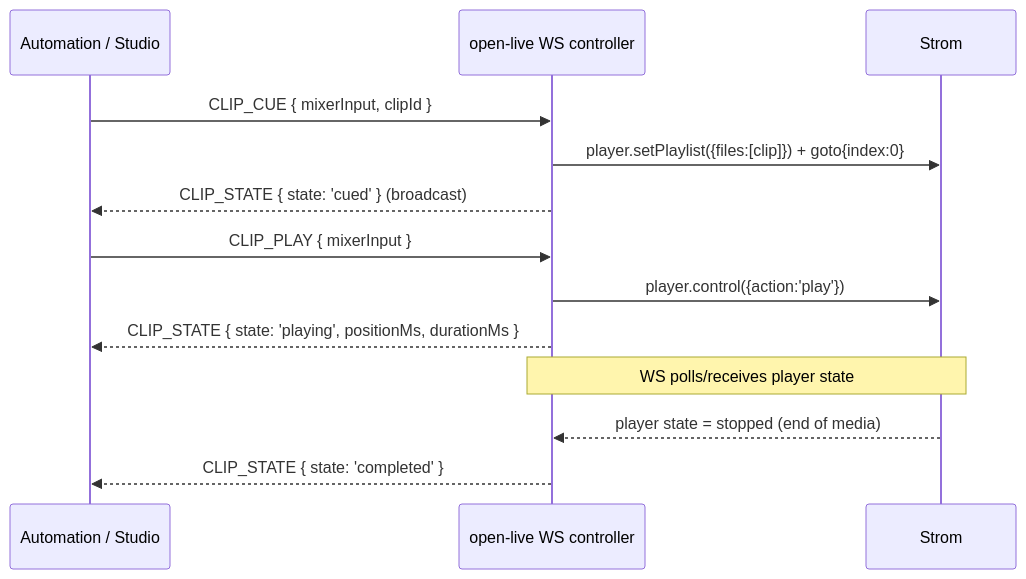
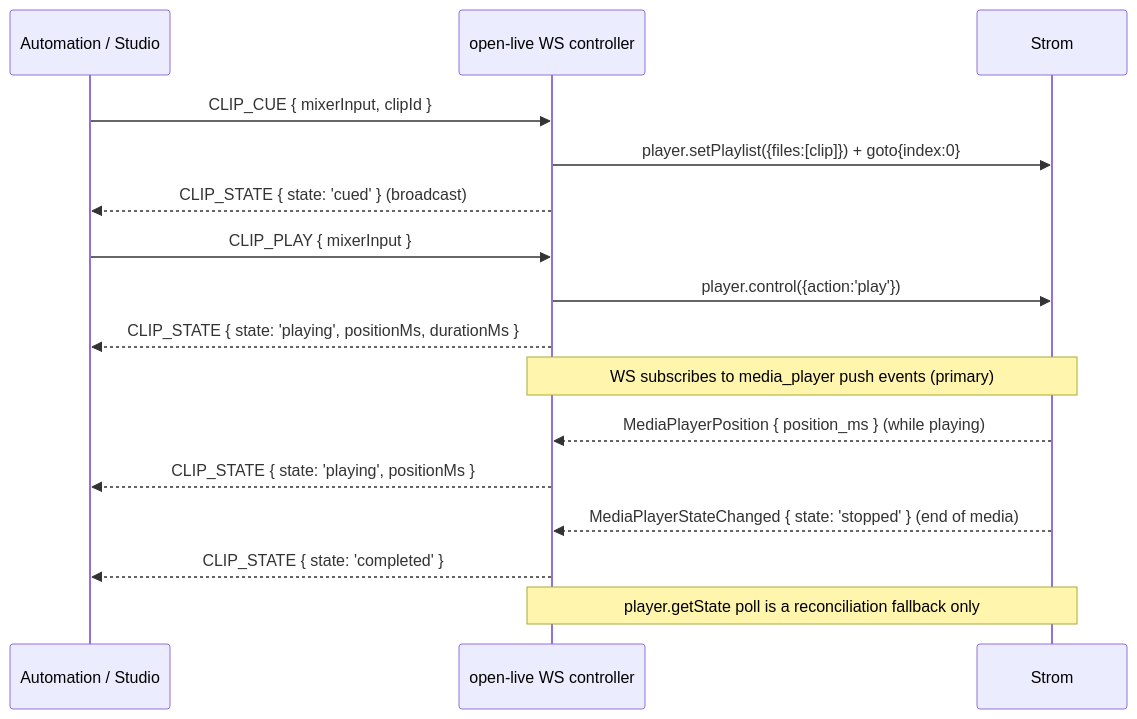
One commit to Eyevinn/open-live changed the diagram in docs/specs/clip-story-playback.md. Above: the diagram before and after it, drawn with Mermaid. The commit also changed other lines of this file and 9 other files, not shown here.

First line of the commit message:
feat(clip): reactive CLIP_STATE from Strom push + cue persistence

````diff
--- a/docs/specs/clip-story-playback.md
+++ b/docs/specs/clip-story-playback.md
@@ -226,18 +237,21 @@
 ```mermaid
 sequenceDiagram
     participant Auto as Automation / Studio
     participant WS as open-live WS controller
     participant Strom
 
     Auto->>WS: CLIP_CUE { mixerInput, clipId }
     WS->>Strom: player.setPlaylist({files:[clip]}) + goto{index:0}
     WS-->>Auto: CLIP_STATE { state: 'cued' } (broadcast)
 
     Auto->>WS: CLIP_PLAY { mixerInput }
     WS->>Strom: player.control({action:'play'})
     WS-->>Auto: CLIP_STATE { state: 'playing', positionMs, durationMs }
 
-    Note over WS,Strom: WS polls/receives player state
-    Strom-->>WS: player state = stopped (end of media)
+    Note over WS,Strom: WS subscribes to media_player push events (primary)
+    Strom-->>WS: MediaPlayerPosition { position_ms } (while playing)
+    WS-->>Auto: CLIP_STATE { state: 'playing', positionMs }
+    Strom-->>WS: MediaPlayerStateChanged { state: 'stopped' } (end of media)
     WS-->>Auto: CLIP_STATE { state: 'completed' }
+    Note over WS,Strom: player.getState poll is a reconciliation fallback only
 ```
````
